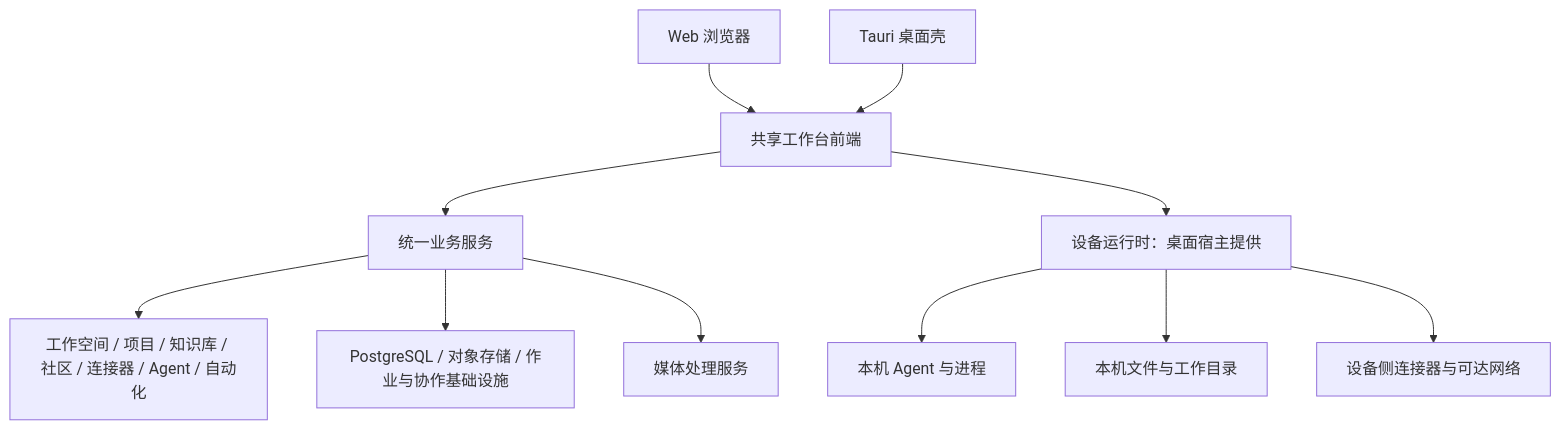
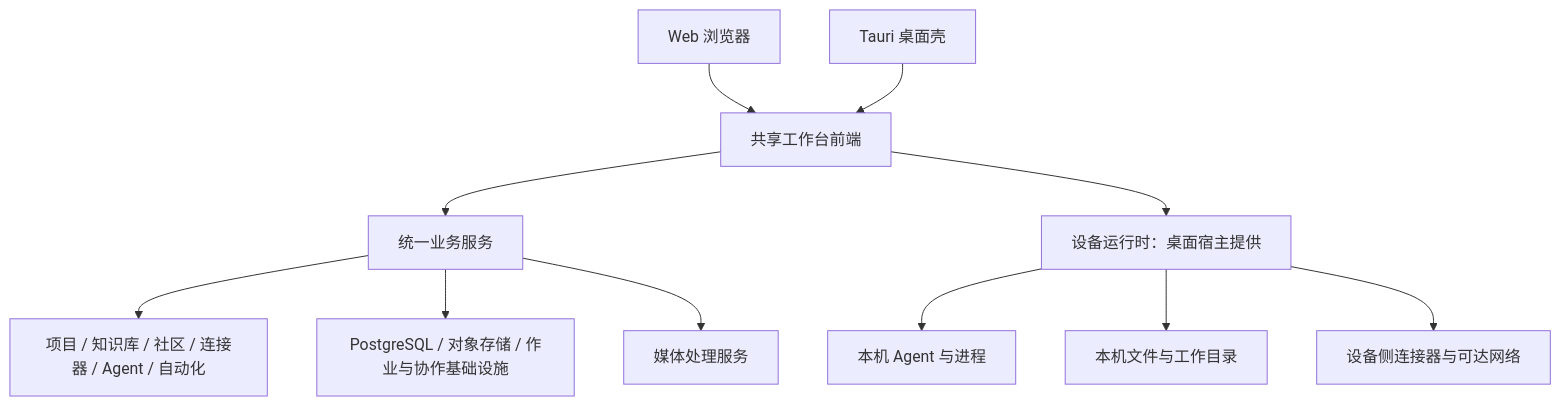
One commit to ccyang-aier/fouc changed the diagram in docs/product/V1/design/arch/fouc-project-structure-design.md. Above: the diagram before and after it, drawn with Mermaid. The commit also changed other lines of this file and 625 other files, not shown here.

````diff
--- a/docs/product/V1/design/arch/fouc-project-structure-design.md
+++ b/docs/product/V1/design/arch/fouc-project-structure-design.md
@@ -34,13 +34,13 @@
 ```mermaid
 flowchart TB
     Web[Web 浏览器] --> UI[共享工作台前端]
     Desktop[Tauri 桌面壳] --> UI
     UI --> Service[统一业务服务]
     UI --> Device[设备运行时：桌面宿主提供]
-    Service --> Modules[工作空间 / 项目 / 知识库 / 社区 / 连接器 / Agent / 自动化]
+    Service --> Modules[项目 / 知识库 / 社区 / 连接器 / Agent / 自动化]
     Service --> Infra[PostgreSQL / 对象存储 / 作业与协作基础设施]
     Device --> Agent[本机 Agent 与进程]
     Device --> Files[本机文件与工作目录]
     Device --> Network[设备侧连接器与可达网络]
     Service --> Media[媒体处理服务]
 ```
````
